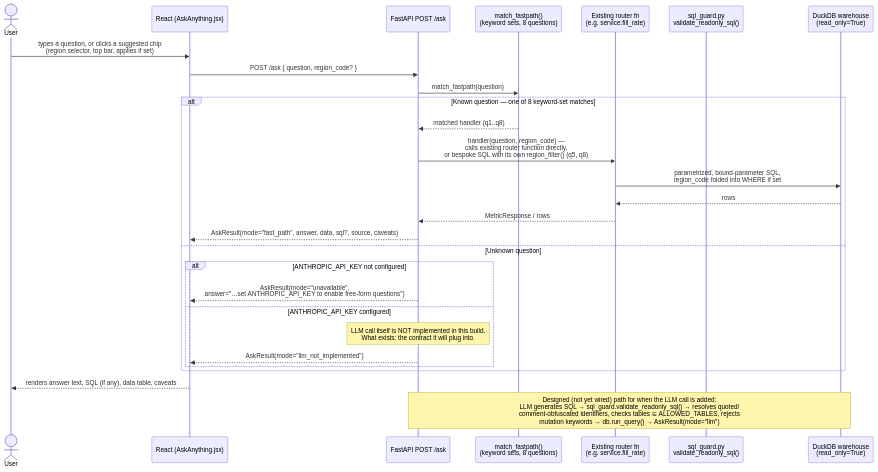
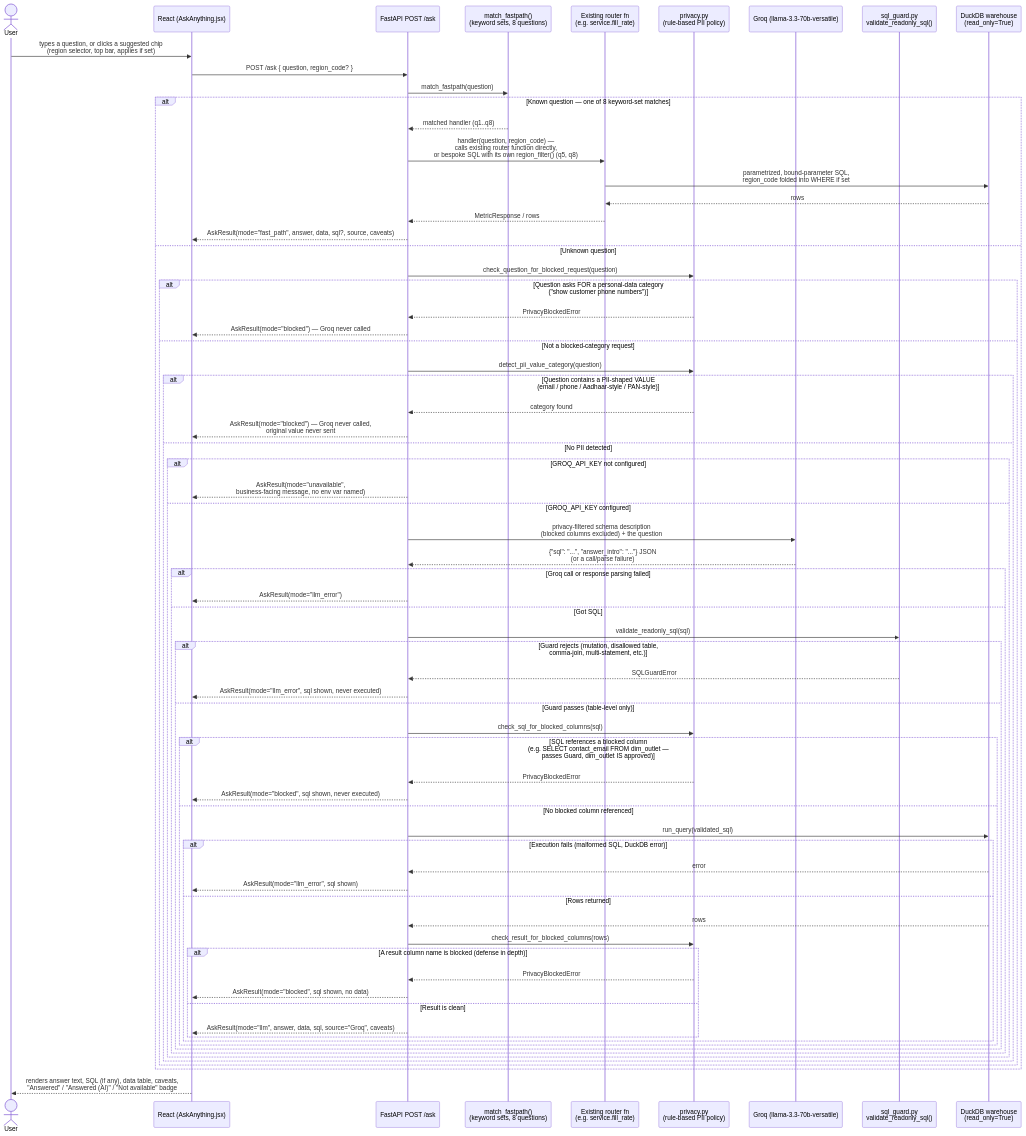
Before and after one commit to yash-gupta-7/-kestrel-control-tower: the fifth of 9 diagrams in docs/HLD.md, drawn with Mermaid. The commit also changed other lines of this file and 3 other files, not shown here.

First line of the commit message:
docs: update final architecture and release documentation

````diff
--- a/docs/HLD.md
+++ b/docs/HLD.md
@@ -308,33 +308,75 @@
 ```mermaid
 sequenceDiagram
     actor User
     participant FE as React (AskAnything.jsx)
     participant API as FastAPI POST /ask
     participant FP as match_fastpath()<br/>(keyword sets, 8 questions)
     participant RT as Existing router fn<br/>(e.g. service.fill_rate)
+    participant Priv as privacy.py<br/>(rule-based PII policy)
+    participant LLM as Groq (llama-3.3-70b-versatile)
     participant Guard as sql_guard.py<br/>validate_readonly_sql()
     participant DB as DuckDB warehouse<br/>(read_only=True)
 
     User->>FE: types a question, or clicks a suggested chip<br/>(region selector, top bar, applies if set)
     FE->>API: POST /ask { question, region_code? }
     API->>FP: match_fastpath(question)
 
     alt Known question — one of 8 keyword-set matches
         FP-->>API: matched handler (q1..q8)
         API->>RT: handler(question, region_code) —<br/>calls existing router function directly,<br/>or bespoke SQL with its own region_filter() (q5, q8)
         RT->>DB: parametrized, bound-parameter SQL,<br/>region_code folded into WHERE if set
         DB-->>RT: rows
         RT-->>API: MetricResponse / rows
         API-->>FE: AskResult(mode="fast_path", answer, data, sql?, source, caveats)
     else Unknown question
-        alt ANTHROPIC_API_KEY not configured
-            API-->>FE: AskResult(mode="unavailable",<br/>answer="…set ANTHROPIC_API_KEY to enable free-form questions")
-        else ANTHROPIC_API_KEY configured
-            Note over API: LLM call itself is NOT implemented in this build.<br/>What exists: the contract it will plug into.
-            API-->>FE: AskResult(mode="llm_not_implemented")
+        API->>Priv: check_question_for_blocked_request(question)
+        alt Question asks FOR a personal-data category<br/>("show customer phone numbers")
+            Priv-->>API: PrivacyBlockedError
+            API-->>FE: AskResult(mode="blocked") — Groq never called
+        else Not a blocked-category request
+            API->>Priv: detect_pii_value_category(question)
+            alt Question contains a PII-shaped VALUE<br/>(email / phone / Aadhaar-style / PAN-style)
+                Priv-->>API: category found
+                API-->>FE: AskResult(mode="blocked") — Groq never called,<br/>original value never sent
+            else No PII detected
+                alt GROQ_API_KEY not configured
+                    API-->>FE: AskResult(mode="unavailable",<br/>business-facing message, no env var named)
+                else GROQ_API_KEY configured
+                    API->>LLM: privacy-filtered schema description<br/>(blocked columns excluded) + the question
+                    LLM-->>API: {"sql": "...", "answer_intro": "..."} JSON<br/>(or a call/parse failure)
+                    alt Groq call or response parsing failed
+                        API-->>FE: AskResult(mode="llm_error")
+                    else Got SQL
+                        API->>Guard: validate_readonly_sql(sql)
+                        alt Guard rejects (mutation, disallowed table,<br/>comma-join, multi-statement, etc.)
+                            Guard-->>API: SQLGuardError
+                            API-->>FE: AskResult(mode="llm_error", sql shown, never executed)
+                        else Guard passes (table-level only)
+                            API->>Priv: check_sql_for_blocked_columns(sql)
+                            alt SQL references a blocked column<br/>(e.g. SELECT contact_email FROM dim_outlet —<br/>passes Guard, dim_outlet IS approved)
+                                Priv-->>API: PrivacyBlockedError
+                                API-->>FE: AskResult(mode="blocked", sql shown, never executed)
+                            else No blocked column referenced
+                                API->>DB: run_query(validated_sql)
+                                alt Execution fails (malformed SQL, DuckDB error)
+                                    DB-->>API: error
+                                    API-->>FE: AskResult(mode="llm_error", sql shown)
+                                else Rows returned
+                                    DB-->>API: rows
+                                    API->>Priv: check_result_for_blocked_columns(rows)
+                                    alt A result column name is blocked (defense in depth)
+                                        Priv-->>API: PrivacyBlockedError
+                                        API-->>FE: AskResult(mode="blocked", sql shown, no data)
+                                    else Result is clean
+                                        API-->>FE: AskResult(mode="llm", answer, data, sql, source="Groq", caveats)
+                                    end
+                                end
+                            end
+                        end
+                    end
+                end
+            end
         end
     end
-    FE-->>User: renders answer text, SQL (if any), data table, caveats
-
-    Note over API,DB: Designed (not yet wired) path for when the LLM call is added:<br/>LLM generates SQL → sql_guard.validate_readonly_sql() → resolves quoted/<br/>comment-obfuscated identifiers, checks tables ⊆ ALLOWED_TABLES, rejects<br/>mutation keywords → db.run_query() → AskResult(mode="llm")
+    FE-->>User: renders answer text, SQL (if any), data table, caveats,<br/>"Answered" / "Answered (AI)" / "Not available" badge
 ```
````
